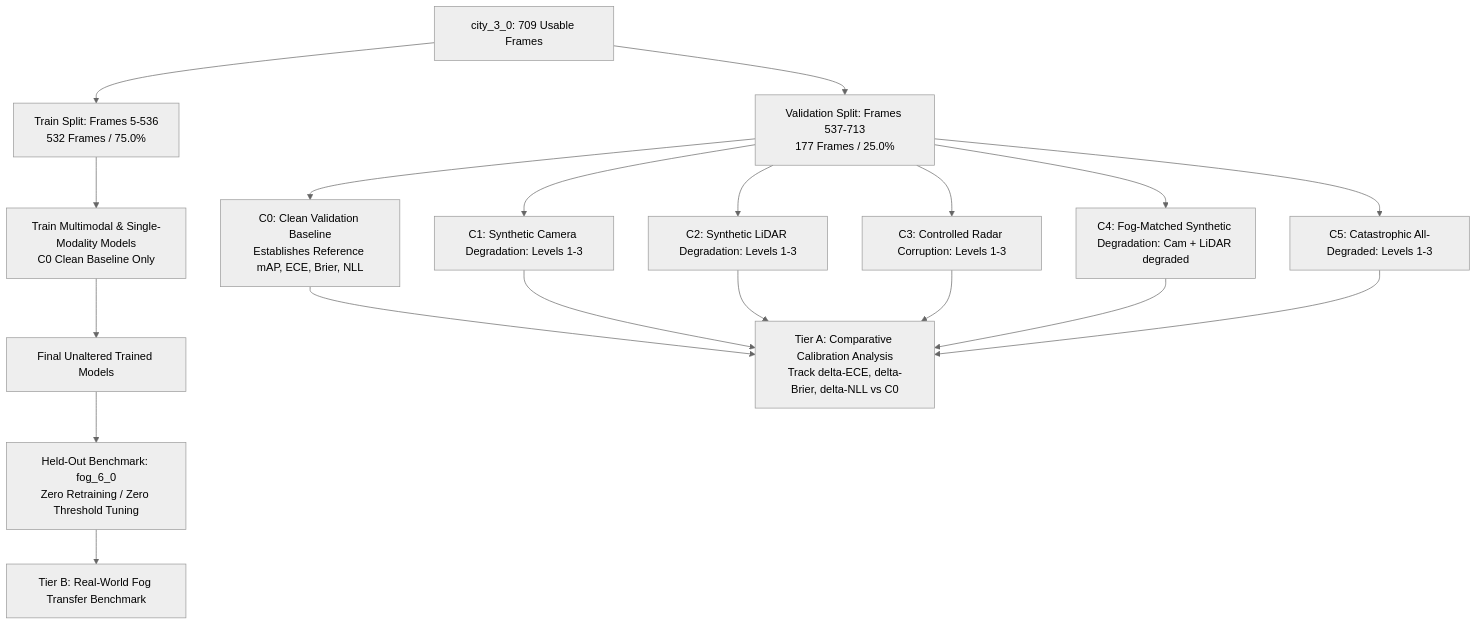
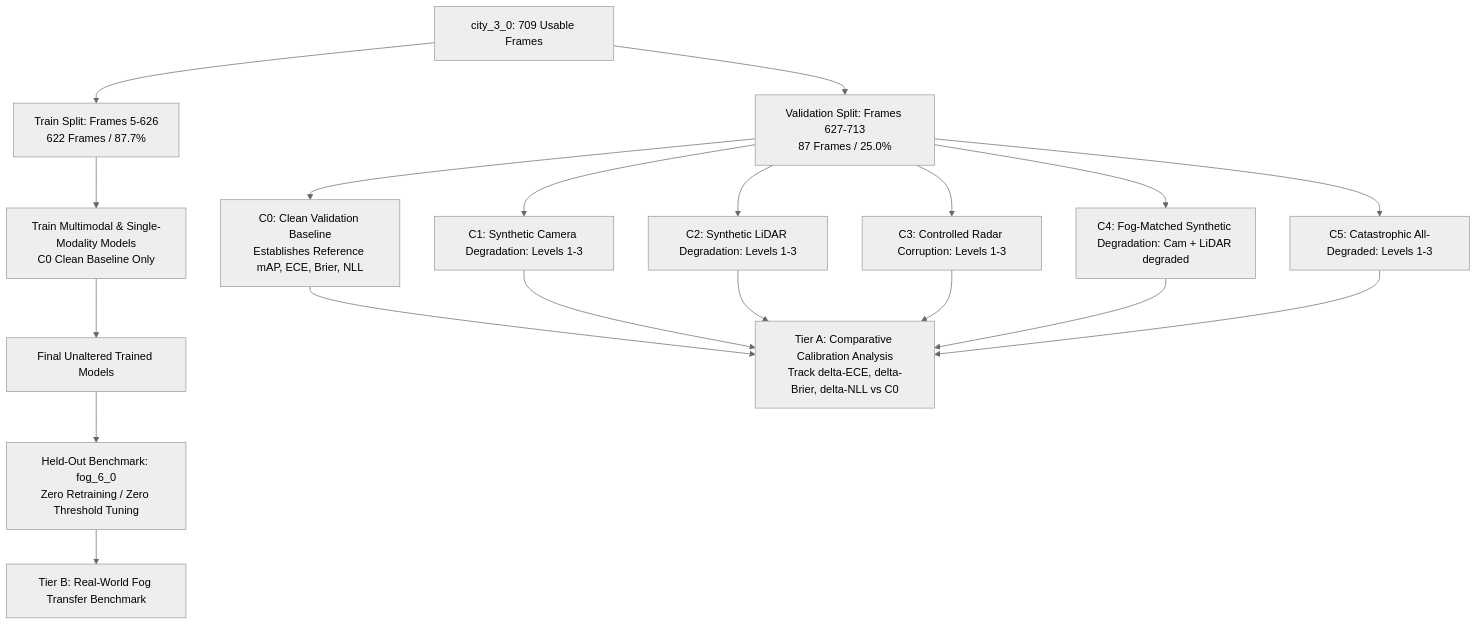
One commit to shazimjaved/Multimodal-Sensor-Uncertainty changed the diagram in docs/PHASE3A_EXPERIMENTAL_PROTOCOL.md. Above: the diagram before and after it, drawn with Mermaid (neutral theme). The commit also changed other lines of this file and 16 other files, not shown here.

Commit message:
Complete Phase 3E C0 Preflight: Add train_c0.py, evaluation modules, update split logic to 5-626, and finalize audit docs

````diff
--- a/docs/PHASE3A_EXPERIMENTAL_PROTOCOL.md
+++ b/docs/PHASE3A_EXPERIMENTAL_PROTOCOL.md
@@ -26,20 +26,20 @@
 ```mermaid
 graph TD
-    A[city_3_0: 709 Usable Frames] --> B[Train Split: Frames 5-536<br>532 Frames / 75.0%]
-    A --> C[Validation Split: Frames 537-713<br>177 Frames / 25.0%]
+    A[city_3_0: 709 Usable Frames] --> B[Train Split: Frames 5-626<br>622 Frames / 87.7%]
+    A --> C[Validation Split: Frames 627-713<br>87 Frames / 25.0%]
     
     B --> D[Train Multimodal & Single-Modality Models<br>C0 Clean Baseline Only]
     
     C --> E0[C0: Clean Validation Baseline<br>Establishes Reference mAP, ECE, Brier, NLL]
     C --> E1[C1: Synthetic Camera Degradation: Levels 1-3]
     C --> E2[C2: Synthetic LiDAR Degradation: Levels 1-3]
     C --> E3[C3: Controlled Radar Corruption: Levels 1-3]
     C --> E4[C4: Fog-Matched Synthetic Degradation: Cam + LiDAR degraded]
     C --> E5[C5: Catastrophic All-Degraded: Levels 1-3]
     
     D --> F[Final Unaltered Trained Models]
     F --> G[Held-Out Benchmark: fog_6_0<br>Zero Retraining / Zero Threshold Tuning]
     
     E0 & E1 & E2 & E3 & E4 & E5 --> H[Tier A: Comparative Calibration Analysis<br>Track delta-ECE, delta-Brier, delta-NLL vs C0]
     G --> I[Tier B: Real-World Fog Transfer Benchmark]
 ```
````
